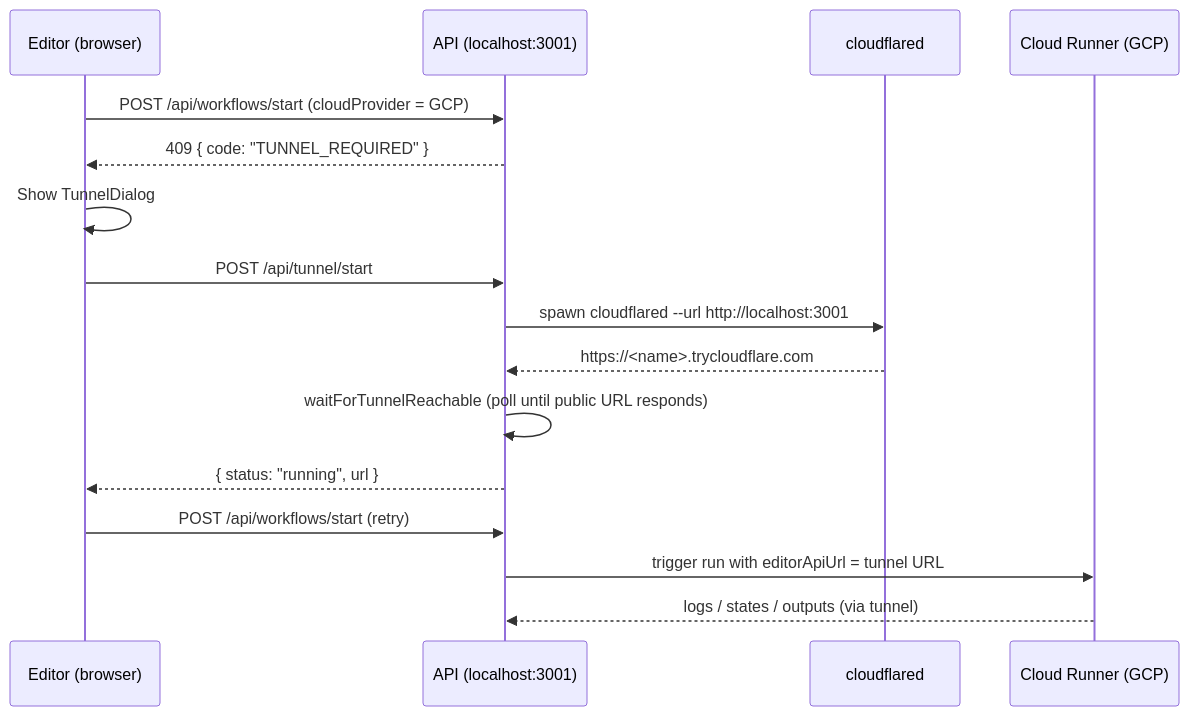
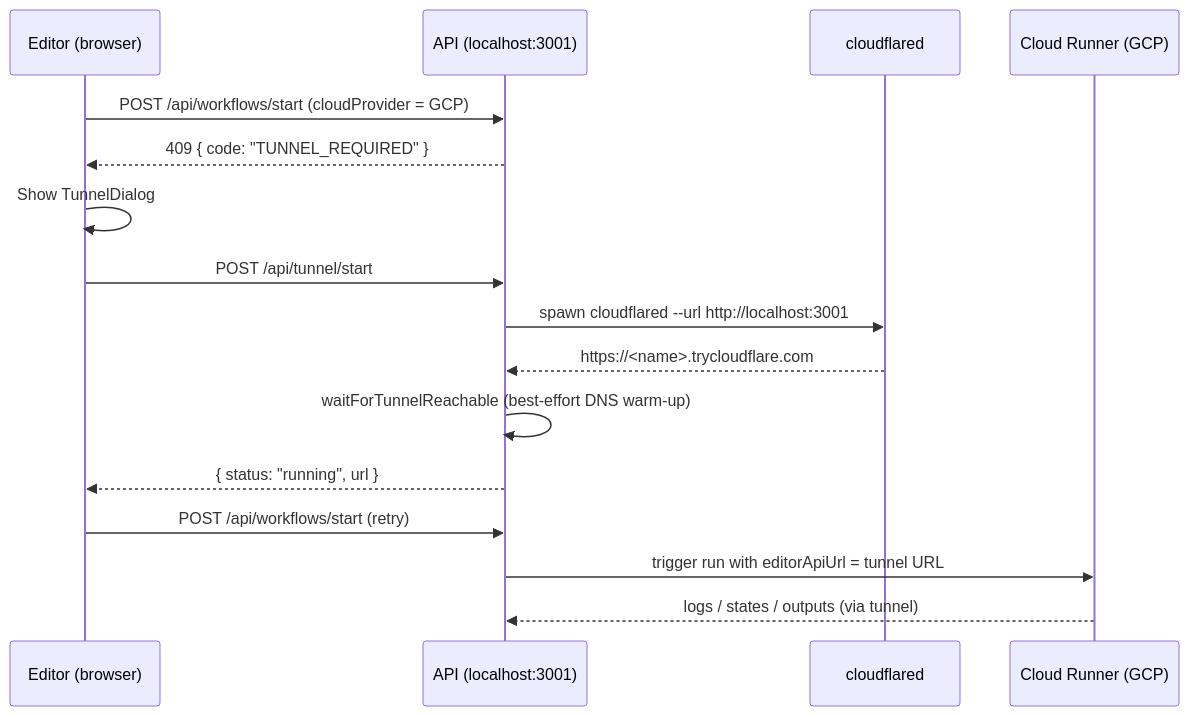
The diagram in docs/docs/local-dev/10-remote-debugging.md (playrunner/playrunner), drawn with Mermaid before and after one commit. The commit also changed other lines of this file and 10 other files, not shown here.

````diff
--- a/docs/docs/local-dev/10-remote-debugging.md
+++ b/docs/docs/local-dev/10-remote-debugging.md
@@ -24,19 +24,19 @@
 ```mermaid
 sequenceDiagram
     participant E as Editor (browser)
     participant A as API (localhost:3001)
     participant T as cloudflared
     participant G as Cloud Runner (GCP)
 
     E->>A: POST /api/workflows/start (cloudProvider = GCP)
     A-->>E: 409 { code: "TUNNEL_REQUIRED" }
     E->>E: Show TunnelDialog
     E->>A: POST /api/tunnel/start
     A->>T: spawn cloudflared --url http://localhost:3001
     T-->>A: https://<name>.trycloudflare.com
-    A->>A: waitForTunnelReachable (poll until public URL responds)
+    A->>A: waitForTunnelReachable (best-effort DNS warm-up)
     A-->>E: { status: "running", url }
     E->>A: POST /api/workflows/start (retry)
     A->>G: trigger run with editorApiUrl = tunnel URL
     G-->>A: logs / states / outputs (via tunnel)
 ```
````
